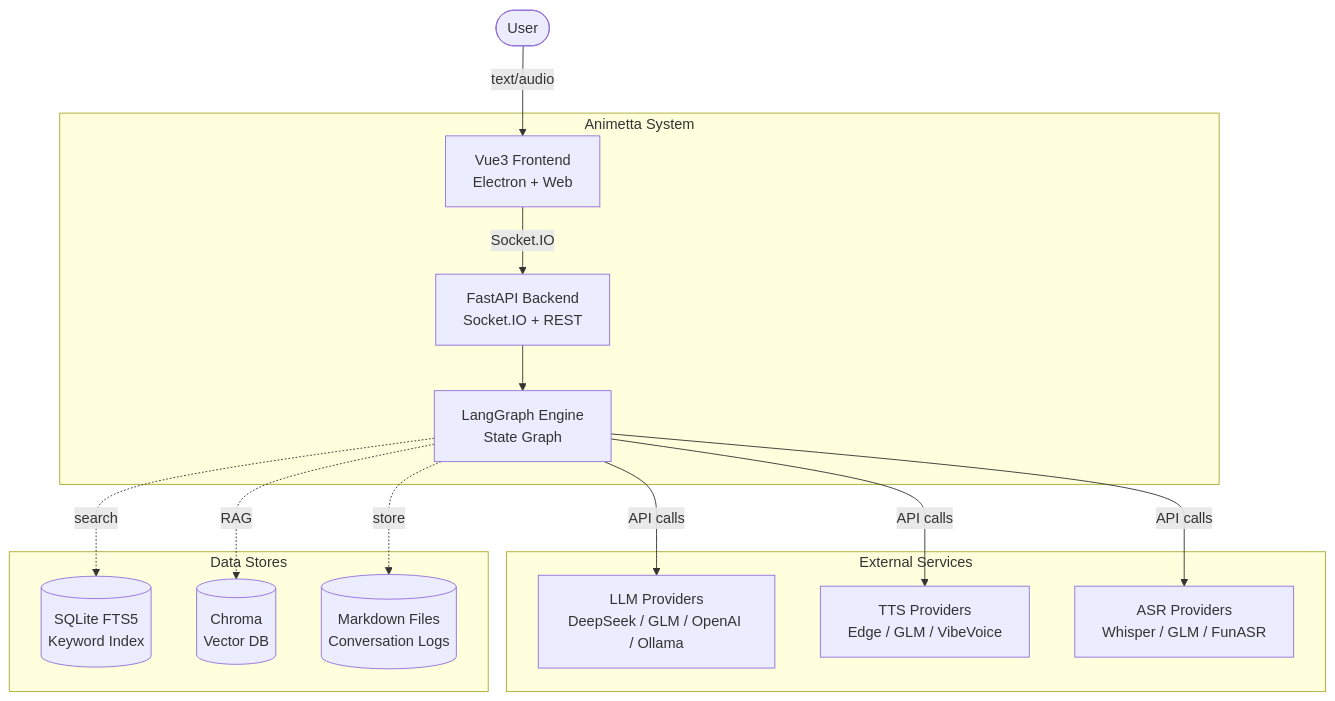
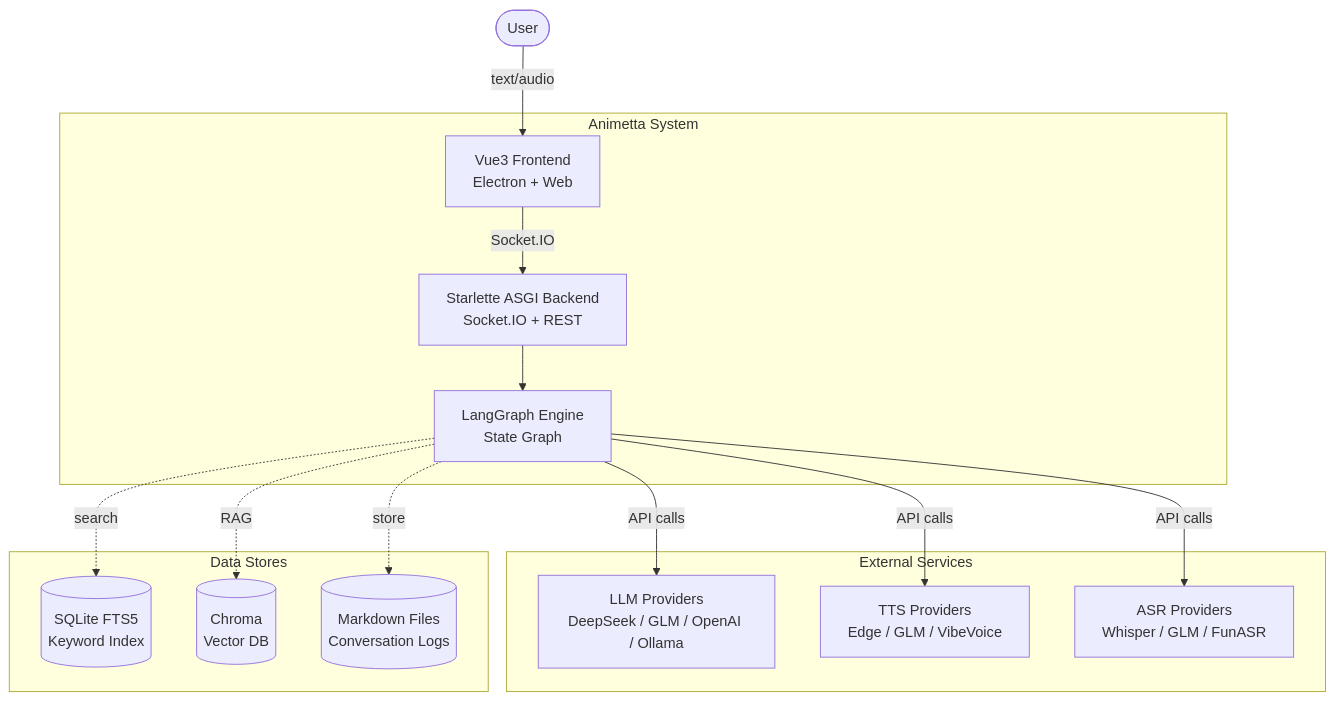
One commit to loiter74/Anima-LLM-Vtuber changed the first of 4 diagrams in docs/architecture/overview.md. Above: the diagram before and after it, drawn with Mermaid. The commit also changed other lines of this file and 37 other files, not shown here.

````diff
--- a/docs/architecture/overview.md
+++ b/docs/architecture/overview.md
@@ -9,29 +9,29 @@
 ```mermaid
 graph TB
     User([User])
     subgraph "Animetta System"
         FE[Vue3 Frontend<br/>Electron + Web]
-        BE[FastAPI Backend<br/>Socket.IO + REST]
+        BE[Starlette ASGI Backend<br/>Socket.IO + REST]
         LG[LangGraph Engine<br/>State Graph]
     end
     subgraph "External Services"
         LLM[LLM Providers<br/>DeepSeek / GLM / OpenAI / Ollama]
         TTS[TTS Providers<br/>Edge / GLM / VibeVoice]
         ASR[ASR Providers<br/>Whisper / GLM / FunASR]
     end
     subgraph "Data Stores"
         SQL[(SQLite FTS5<br/>Keyword Index)]
         VDB[(Chroma<br/>Vector DB)]
         MD[(Markdown Files<br/>Conversation Logs)]
     end
 
     User -->|text/audio| FE
     FE -->|Socket.IO| BE
     BE --> LG
     LG -->|API calls| LLM
     LG -->|API calls| TTS
     LG -->|API calls| ASR
     LG -.->|RAG| VDB
     LG -.->|search| SQL
     LG -.->|store| MD
 ```
````
